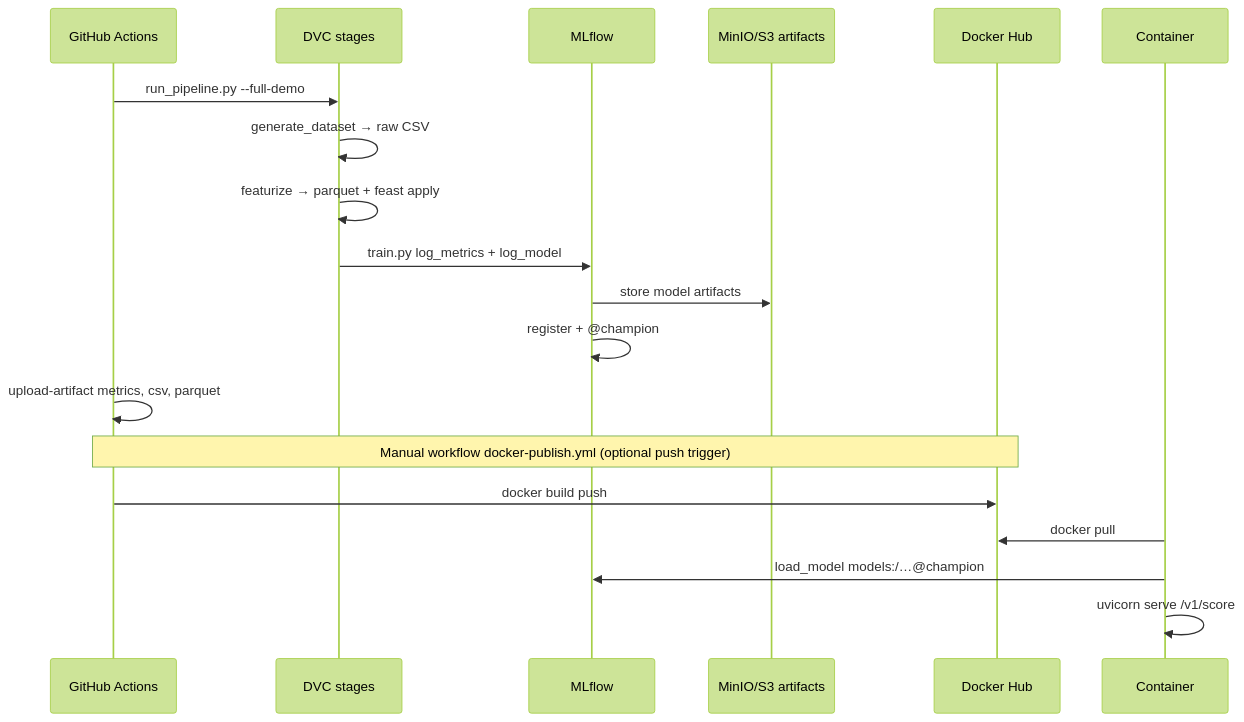
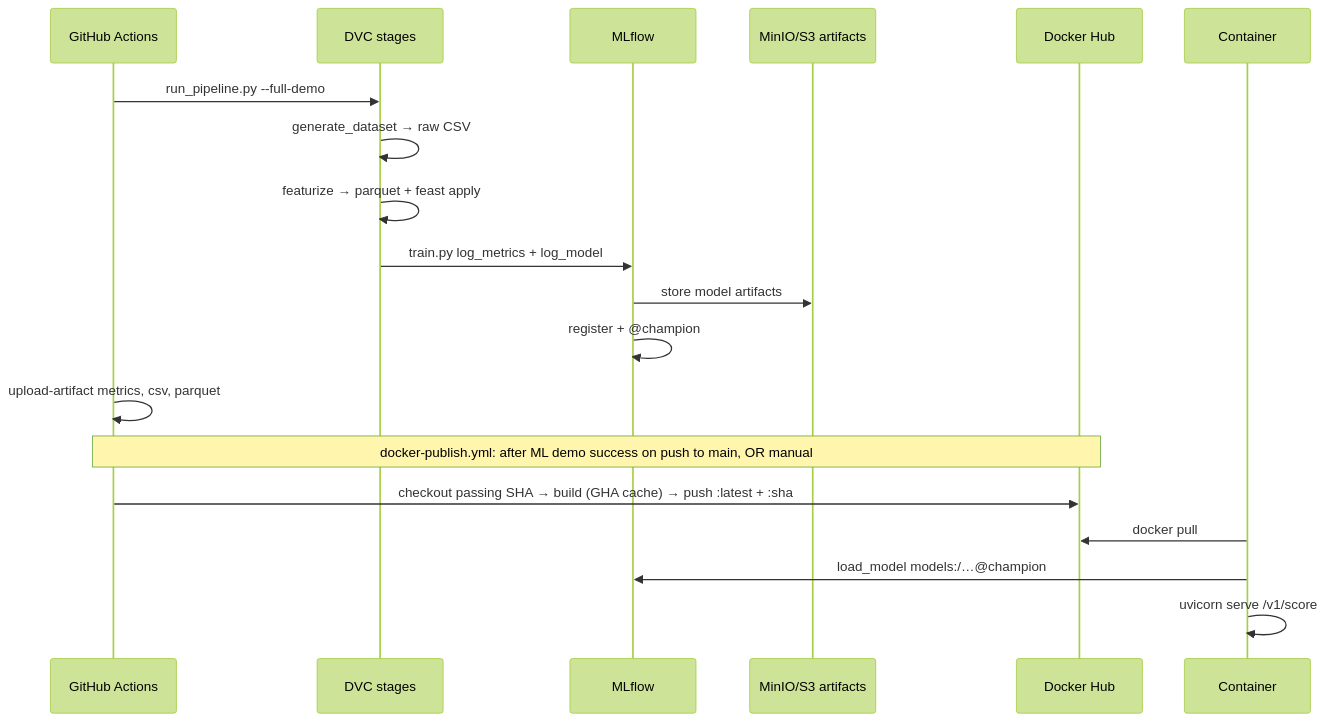
The ninth of 9 diagrams in docs/ARCHITECTURE_AND_CI.md (devopsdymyr/sensitive-mlops-pipeline), drawn with Mermaid (forest theme) before and after one commit. The commit also changed other lines of this file and 13 other files, not shown here.

````diff
--- a/docs/ARCHITECTURE_AND_CI.md
+++ b/docs/ARCHITECTURE_AND_CI.md
@@ -183,22 +319,22 @@
 ```mermaid
 sequenceDiagram
   participant GH as GitHub Actions
   participant DVC as DVC stages
   participant ML as MLflow
   participant S3 as MinIO/S3 artifacts
   participant DH as Docker Hub
   participant C as Container
 
   GH->>DVC: run_pipeline.py --full-demo
   DVC->>DVC: generate_dataset → raw CSV
   DVC->>DVC: featurize → parquet + feast apply
   DVC->>ML: train.py log_metrics + log_model
   ML->>S3: store model artifacts
   ML->>ML: register + @champion
   GH->>GH: upload-artifact metrics, csv, parquet
-  Note over GH,DH: Manual workflow docker-publish.yml (optional push trigger)
-  GH->>DH: docker build push
+  Note over GH,DH: docker-publish.yml: after ML demo success on push to main, OR manual
+  GH->>DH: checkout passing SHA → build (GHA cache) → push :latest + :sha
   C->>DH: docker pull
   C->>ML: load_model models:/…@champion
   C->>C: uvicorn serve /v1/score
 ```
````
